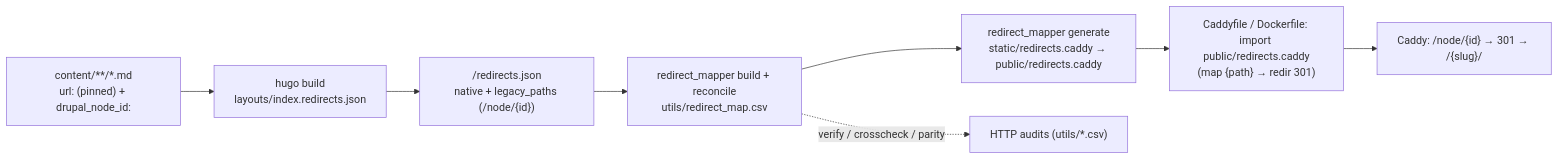
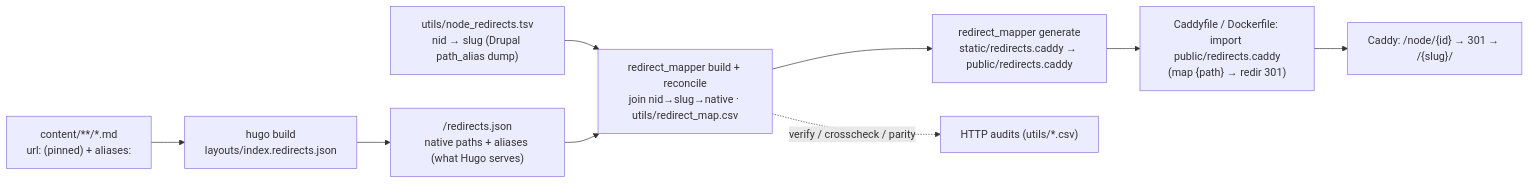
One commit to chnm/worldhistorycommons changed the diagram in docs/REDIRECTS.md. Above: the diagram before and after it, drawn with Mermaid. The commit also changed other lines of this file and 7 other files, not shown here.

First line of the commit message:
feat(redirects): source /node redirects from path_alias TSV + add taxonomy 301s

````diff
--- a/docs/REDIRECTS.md
+++ b/docs/REDIRECTS.md
@@ -32,10 +43,11 @@
 ```mermaid
 flowchart LR
-  FM["content/**/*.md<br/>url: (pinned) + drupal_node_id:"] --> H["hugo build<br/>layouts/index.redirects.json"]
-  H --> J["/redirects.json<br/>native + legacy_paths (/node/{id})"]
-  J --> B["redirect_mapper build + reconcile<br/>utils/redirect_map.csv"]
+  N["utils/node_redirects.tsv<br/>nid → slug (Drupal path_alias dump)"] --> B
+  FM["content/**/*.md<br/>url: (pinned) + aliases:"] --> H["hugo build<br/>layouts/index.redirects.json"]
+  H --> J["/redirects.json<br/>native paths + aliases (what Hugo serves)"]
+  J --> B["redirect_mapper build + reconcile<br/>join nid→slug→native · utils/redirect_map.csv"]
   B --> G["redirect_mapper generate<br/>static/redirects.caddy → public/redirects.caddy"]
   G --> C["Caddyfile / Dockerfile: import public/redirects.caddy<br/>(map {path} → redir 301)"]
   C --> S["Caddy: /node/{id} → 301 → /{slug}/"]
   B -. "verify / crosscheck / parity" .-> V["HTTP audits (utils/*.csv)"]
 ```
````
